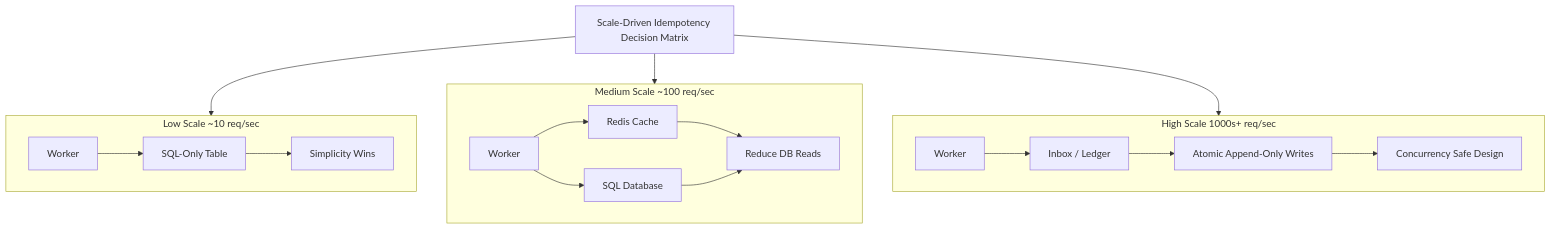
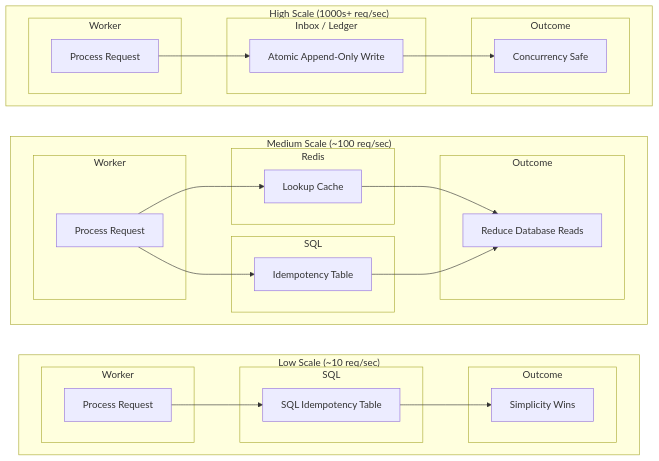
The fifth of 5 diagrams in Idempotency/Diagrams.md (Azure-Counsel/ServiceBus), drawn with Mermaid before and after one commit. The commit also changed other lines of this file, not shown here.

````diff
--- a/Idempotency/Diagrams.md
+++ b/Idempotency/Diagrams.md
@@ -152,31 +133,72 @@
 ```mermaid
-flowchart TB
+flowchart LR
 
-A[Scale-Driven Idempotency Decision Matrix]
+%% ==========================================
+%% SCALE-DRIVEN IDEMPOTENCY SWIMLANE
+%% ==========================================
 
-A --> L
-A --> M
-A --> H
+subgraph S1["Low Scale (~10 req/sec)"]
+direction LR
 
-subgraph L[Low Scale ~10 req/sec]
-    L1[Worker] --> L2[SQL-Only Table]
-    L2 --> L3[Simplicity Wins]
+subgraph W1["Worker"]
+L1[Process Request]
 end
 
-subgraph M[Medium Scale ~100 req/sec]
-    M1[Worker]
-    M2[Redis Cache]
-    M3[SQL Database]
-
-    M1 --> M2
-    M1 --> M3
-    M2 --> M4[Reduce DB Reads]
-    M3 --> M4
+subgraph SQL1["SQL"]
+L2[SQL Idempotency Table]
 end
 
-subgraph H[High Scale 1000s+ req/sec]
-    H1[Worker] --> H2[Inbox / Ledger]
-    H2 --> H3[Atomic Append-Only Writes]
-    H3 --> H4[Concurrency Safe Design]
+subgraph O1["Outcome"]
+L3[Simplicity Wins]
+end
+
+L1 --> L2 --> L3
+
+end
+
+subgraph S2["Medium Scale (~100 req/sec)"]
+direction LR
+
+subgraph W2["Worker"]
+M1[Process Request]
+end
+
+subgraph R2["Redis"]
+M2[Lookup Cache]
+end
+
+subgraph SQL2["SQL"]
+M3[Idempotency Table]
+end
+
+subgraph O2["Outcome"]
+M4[Reduce Database Reads]
+end
+
+M1 --> M2
+M1 --> M3
+
+M2 --> M4
+M3 --> M4
+
+end
+
+subgraph S3["High Scale (1000s+ req/sec)"]
+direction LR
+
+subgraph W3["Worker"]
+H1[Process Request]
+end
+
+subgraph I3["Inbox / Ledger"]
+H2[Atomic Append-Only Write]
+end
+
+subgraph O3["Outcome"]
+H3[Concurrency Safe]
+end
+
+H1 --> H2 --> H3
+
 end
 ```
````
